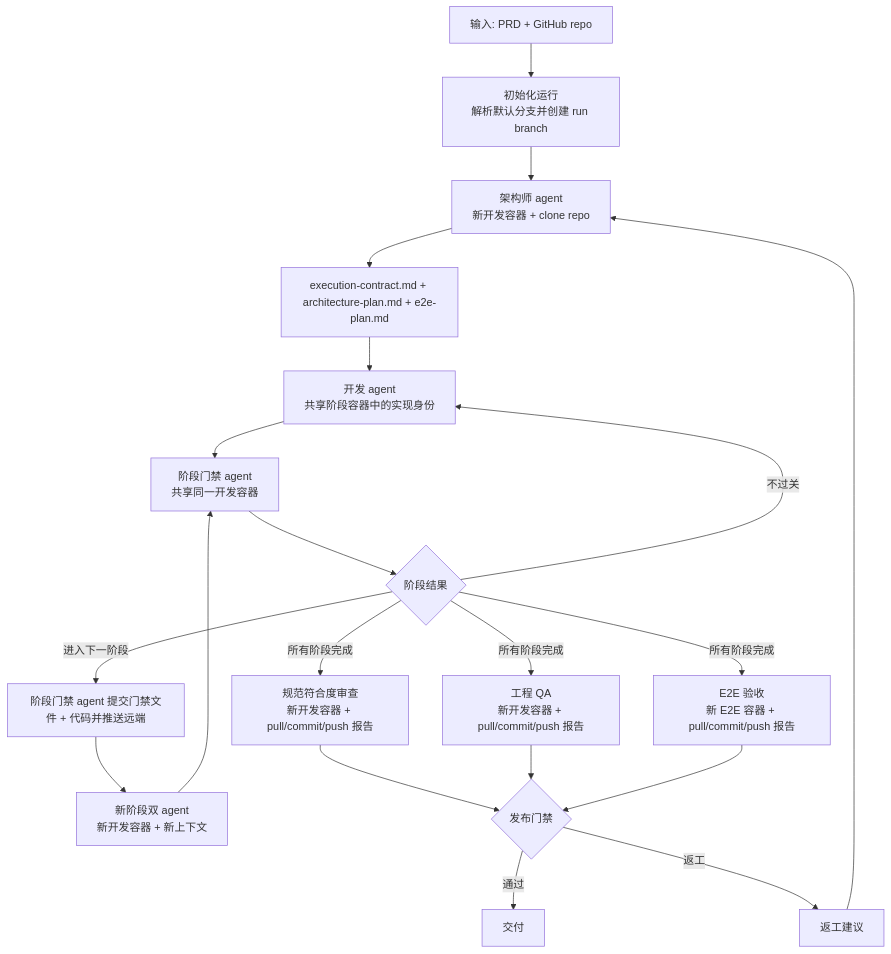
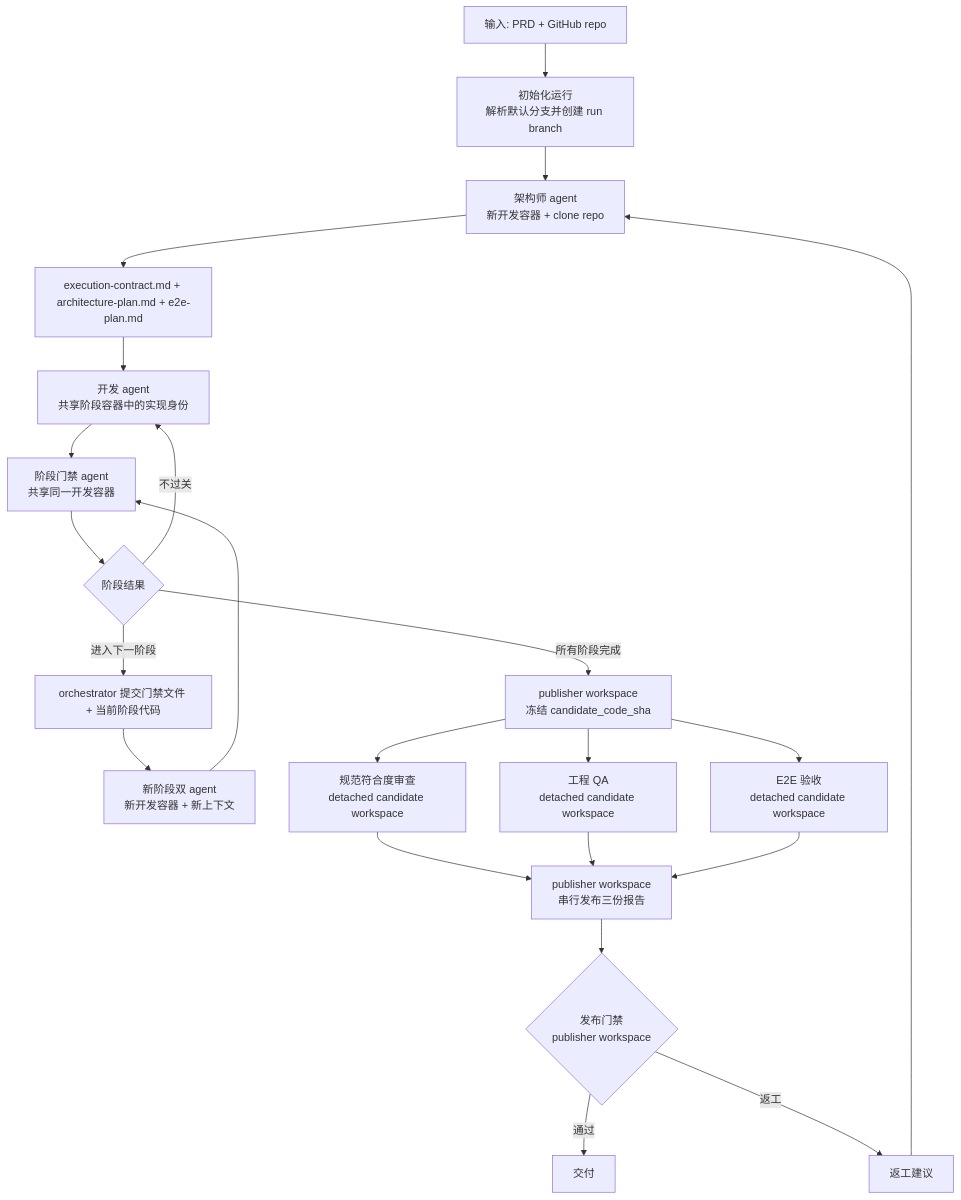
Before and after one commit to faithleysath/autogen: the diagram in docs/v1-runtime-architecture.md, drawn with Mermaid. The commit also changed other lines of this file and 31 other files, not shown here.

````diff
--- a/docs/v1-runtime-architecture.md
+++ b/docs/v1-runtime-architecture.md
@@ -361,25 +374,27 @@
 ```mermaid
 flowchart TD
     U["输入: PRD + GitHub repo"] --> I["初始化运行<br/>解析默认分支并创建 run branch"]
     I --> A["架构师 agent<br/>新开发容器 + clone repo"]
     A --> P["execution-contract.md + architecture-plan.md + e2e-plan.md"]
     P --> D["开发 agent<br/>共享阶段容器中的实现身份"]
     D --> SG["阶段门禁 agent<br/>共享同一开发容器"]
     SG --> SGD{"阶段结果"}
 
     SGD -->|"不过关"| D
-    SGD -->|"进入下一阶段"| C["阶段门禁 agent 提交门禁文件 + 代码并推送远端"]
+    SGD -->|"进入下一阶段"| C["orchestrator 提交门禁文件 + 当前阶段代码"]
     C --> D2["新阶段双 agent<br/>新开发容器 + 新上下文"]
     D2 --> SG
-    SGD -->|"所有阶段完成"| R1["规范符合度审查<br/>新开发容器 + pull/commit/push 报告"]
-    SGD -->|"所有阶段完成"| R2["工程 QA<br/>新开发容器 + pull/commit/push 报告"]
-    SGD -->|"所有阶段完成"| R3["E2E 验收<br/>新 E2E 容器 + pull/commit/push 报告"]
+    SGD -->|"所有阶段完成"| F["publisher workspace<br/>冻结 candidate_code_sha"]
+    F --> R1["规范符合度审查<br/>detached candidate workspace"]
+    F --> R2["工程 QA<br/>detached candidate workspace"]
+    F --> R3["E2E 验收<br/>detached candidate workspace"]
 
-    R1 --> RG{"发布门禁"}
-    R2 --> RG
-    R3 --> RG
+    R1 --> PUB["publisher workspace<br/>串行发布三份报告"]
+    R2 --> PUB
+    R3 --> PUB
+    PUB --> RG{"发布门禁<br/>publisher workspace"}
 
     RG -->|"通过"| O["交付"]
     RG -->|"返工"| RE["返工建议"]
     RE --> A
 ```
````
